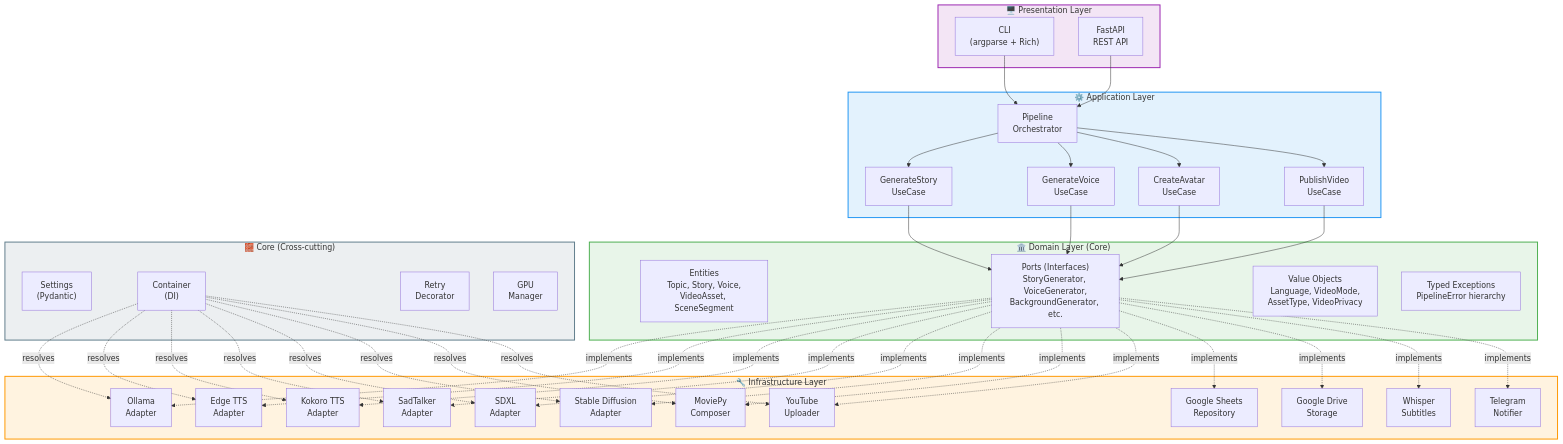
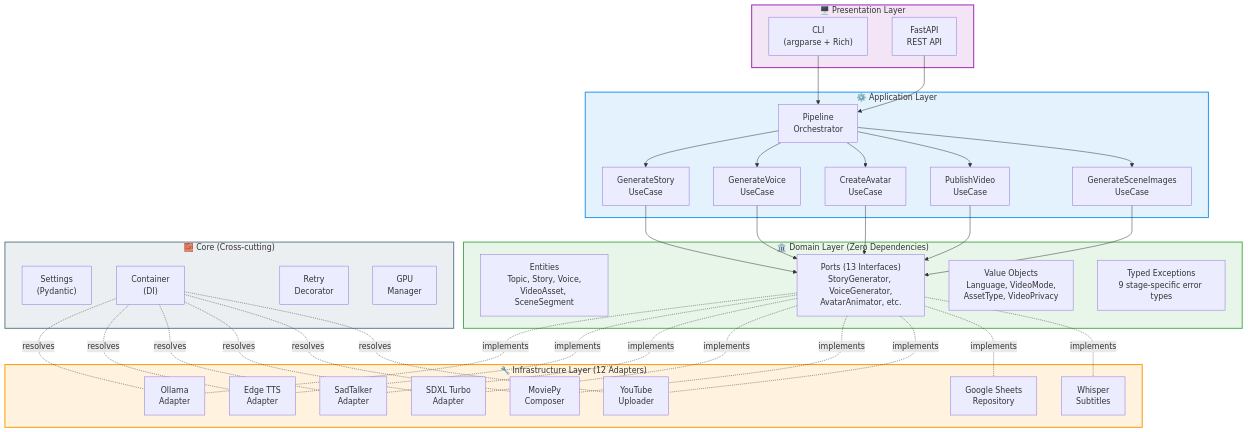
Before and after one commit to tamilarasu18/ai-yt-automation: the second of 4 diagrams in README.md, drawn with Mermaid. The commit also changed other lines of this file, not shown here.

````diff
--- a/README.md
+++ b/README.md
@@ -63,57 +103,54 @@
 ```mermaid
 graph TB
     subgraph PRESENTATION["🖥️ Presentation Layer"]
         CLI["CLI<br/>(argparse + Rich)"]
         API["FastAPI<br/>REST API"]
     end
 
     subgraph APPLICATION["⚙️ Application Layer"]
         Pipeline["Pipeline<br/>Orchestrator"]
         UC1["GenerateStory<br/>UseCase"]
         UC2["GenerateVoice<br/>UseCase"]
         UC3["CreateAvatar<br/>UseCase"]
         UC4["PublishVideo<br/>UseCase"]
+        UC5["GenerateSceneImages<br/>UseCase"]
     end
 
-    subgraph DOMAIN["🏛️ Domain Layer (Core)"]
+    subgraph DOMAIN["🏛️ Domain Layer (Zero Dependencies)"]
         Entities["Entities<br/>Topic, Story, Voice,<br/>VideoAsset, SceneSegment"]
-        Ports["Ports (Interfaces)<br/>StoryGenerator, VoiceGenerator,<br/>BackgroundGenerator, etc."]
+        Ports["Ports (13 Interfaces)<br/>StoryGenerator, VoiceGenerator,<br/>AvatarAnimator, etc."]
         VO["Value Objects<br/>Language, VideoMode,<br/>AssetType, VideoPrivacy"]
-        Exceptions["Typed Exceptions<br/>PipelineError hierarchy"]
+        Exceptions["Typed Exceptions<br/>9 stage-specific error types"]
     end
 
-    subgraph INFRASTRUCTURE["🔧 Infrastructure Layer"]
+    subgraph INFRASTRUCTURE["🔧 Infrastructure Layer (12 Adapters)"]
         Ollama["Ollama<br/>Adapter"]
         EdgeTTS["Edge TTS<br/>Adapter"]
-        Kokoro["Kokoro TTS<br/>Adapter"]
         SadTalker["SadTalker<br/>Adapter"]
-        SDXL["SDXL<br/>Adapter"]
-        SD["Stable Diffusion<br/>Adapter"]
+        SDXL["SDXL Turbo<br/>Adapter"]
         MoviePy["MoviePy<br/>Composer"]
         YouTube["YouTube<br/>Uploader"]
         Sheets["Google Sheets<br/>Repository"]
-        Drive["Google Drive<br/>Storage"]
         Whisper["Whisper<br/>Subtitles"]
-        Telegram["Telegram<br/>Notifier"]
     end
 
     subgraph CORE["🧱 Core (Cross-cutting)"]
         Config["Settings<br/>(Pydantic)"]
         DI["Container<br/>(DI)"]
         Resilience["Retry<br/>Decorator"]
         GPU["GPU<br/>Manager"]
     end
 
     CLI --> Pipeline
     API --> Pipeline
-    Pipeline --> UC1 & UC2 & UC3 & UC4
-    UC1 & UC2 & UC3 & UC4 --> Ports
-    Ports -.->|implements| Ollama & EdgeTTS & Kokoro & SadTalker & SDXL & SD & MoviePy & YouTube & Sheets & Drive & Whisper & Telegram
-    DI -.->|resolves| Ollama & EdgeTTS & Kokoro & SadTalker & SDXL & SD & MoviePy & YouTube
+    Pipeline --> UC1 & UC2 & UC3 & UC4 & UC5
+    UC1 & UC2 & UC3 & UC4 & UC5 --> Ports
+    Ports -.-|implements| Ollama & EdgeTTS & SadTalker & SDXL & MoviePy & YouTube & Sheets & Whisper
+    DI -.-|resolves| Ollama & EdgeTTS & SadTalker & SDXL & MoviePy & YouTube
 
     style DOMAIN fill:#E8F5E9,stroke:#4CAF50,stroke-width:2px
     style APPLICATION fill:#E3F2FD,stroke:#2196F3,stroke-width:2px
     style INFRASTRUCTURE fill:#FFF3E0,stroke:#FF9800,stroke-width:2px
     style PRESENTATION fill:#F3E5F5,stroke:#9C27B0,stroke-width:2px
     style CORE fill:#ECEFF1,stroke:#607D8B,stroke-width:2px
 ```
````
